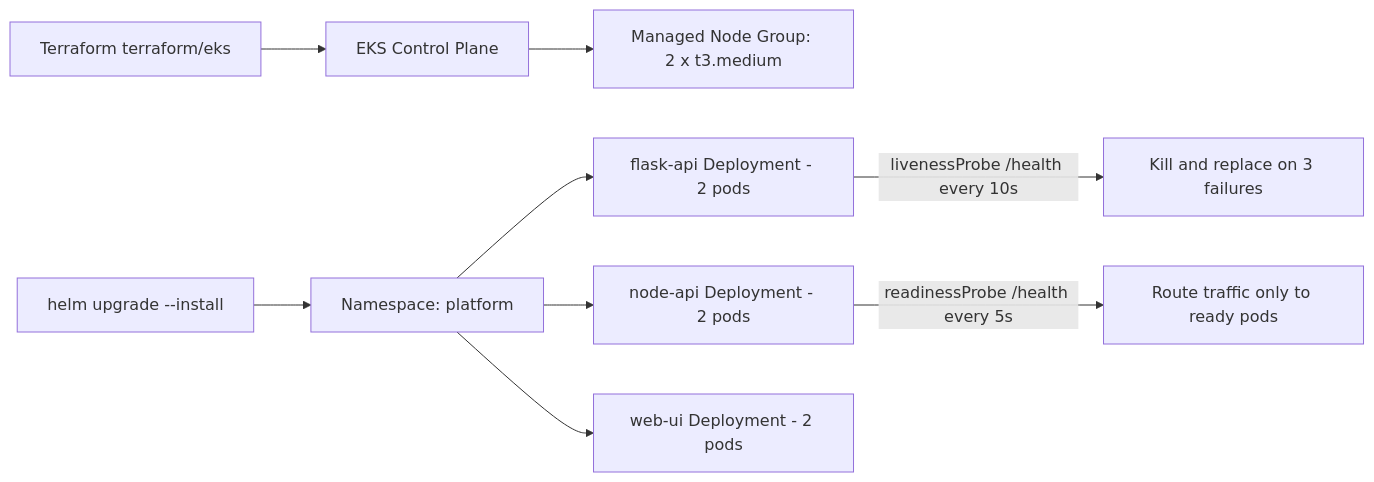
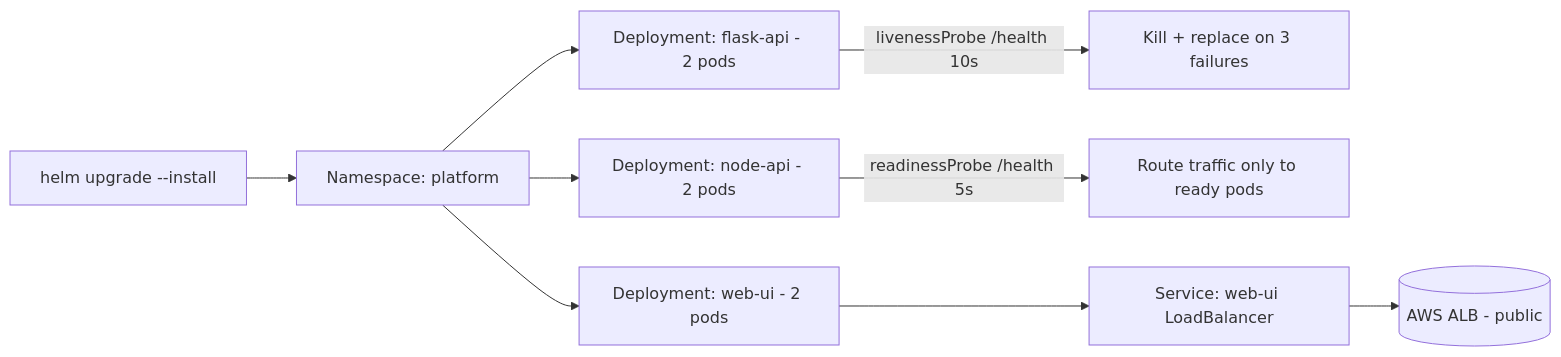
The first of 2 diagrams in express-reliability-platform-v06/README.md (Here2ServeU/express-reliability-platform-course), drawn with Mermaid before and after one commit. The commit also changed other lines of this file and 16 other files, not shown here.

````diff
--- a/express-reliability-platform-v06/README.md
+++ b/express-reliability-platform-v06/README.md
@@ -94,11 +106,11 @@
 ```mermaid
 flowchart LR
-    TF[Terraform terraform/eks] --> EKS[EKS Control Plane]
-    EKS --> NG[Managed Node Group: 2 x t3.medium]
     Helm[helm upgrade --install] --> NS[Namespace: platform]
-    NS --> Flask[flask-api Deployment - 2 pods]
-    NS --> Node[node-api Deployment - 2 pods]
-    NS --> UI[web-ui Deployment - 2 pods]
-    Flask -->|livenessProbe /health every 10s| Kill[Kill and replace on 3 failures]
-    Node  -->|readinessProbe /health every 5s| Route[Route traffic only to ready pods]
+    NS --> Flask[Deployment: flask-api - 2 pods]
+    NS --> Node[Deployment: node-api - 2 pods]
+    NS --> UI[Deployment: web-ui - 2 pods]
+    Flask -->|livenessProbe /health 10s| Kill[Kill + replace on 3 failures]
+    Node  -->|readinessProbe /health 5s| Route[Route traffic only to ready pods]
+    UI    --> SvcLB[Service: web-ui LoadBalancer]
+    SvcLB --> ALB[(AWS ALB - public)]
 ```
````
